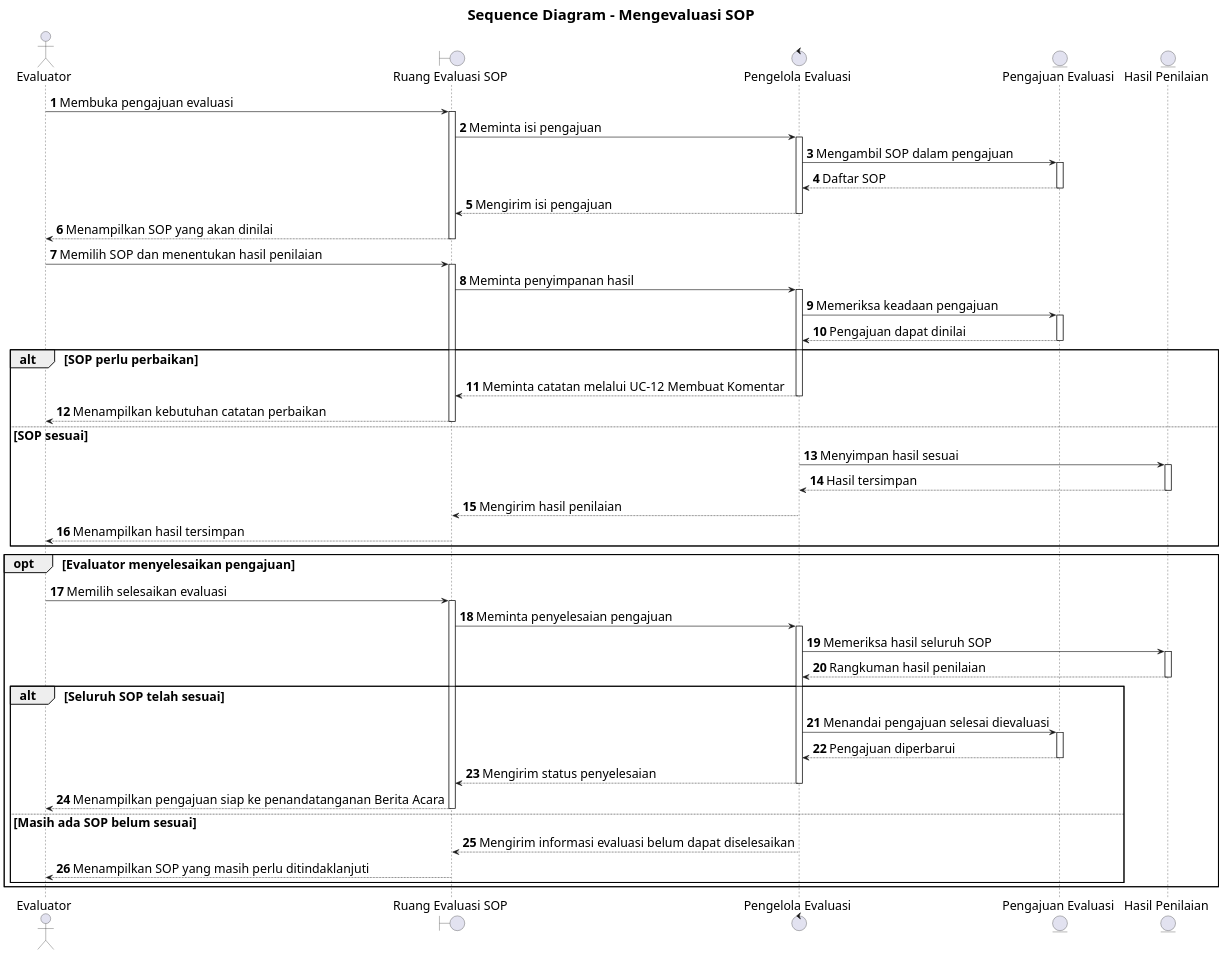
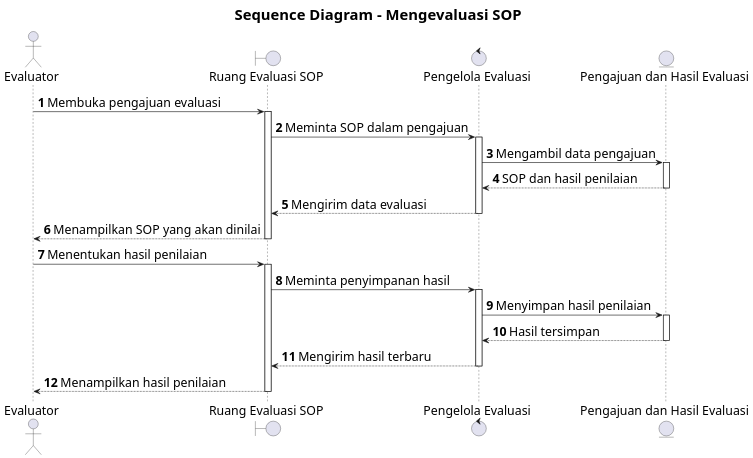
Before and after one commit to howlil/sop-generate-app: the diagram in docs/sequence/evaluator-mengevaluasi-sop.md, drawn with PlantUML. The commit also changed other lines of this file and 20 other files, not shown here.

Commit message:
docs(sequence): simplify interaction detail across use cases

````diff
--- a/docs/sequence/evaluator-mengevaluasi-sop.md
+++ b/docs/sequence/evaluator-mengevaluasi-sop.md
@@ -16,56 +16,31 @@
 ```plantuml
 @startuml
 skinparam defaultFontSize 20
 skinparam titleFontSize 24
 skinparam dpi 160
 
 title Sequence Diagram - Mengevaluasi SOP
 autonumber
 autoactivate on
 
 actor "Evaluator" as A
 boundary "Ruang Evaluasi SOP" as B
 control "Pengelola Evaluasi" as C
-entity "Pengajuan Evaluasi" as D
-entity "Hasil Penilaian" as E
+entity "Pengajuan dan Hasil Evaluasi" as D
 
 A -> B : Membuka pengajuan evaluasi
-B -> C : Meminta isi pengajuan
-C -> D : Mengambil SOP dalam pengajuan
-D --> C : Daftar SOP
-C --> B : Mengirim isi pengajuan
+B -> C : Meminta SOP dalam pengajuan
+C -> D : Mengambil data pengajuan
+D --> C : SOP dan hasil penilaian
+C --> B : Mengirim data evaluasi
 B --> A : Menampilkan SOP yang akan dinilai
 
-A -> B : Memilih SOP dan menentukan hasil penilaian
+A -> B : Menentukan hasil penilaian
 B -> C : Meminta penyimpanan hasil
-C -> D : Memeriksa keadaan pengajuan
-D --> C : Pengajuan dapat dinilai
-
-alt SOP perlu perbaikan
-  C --> B : Meminta catatan melalui UC-12 Membuat Komentar
-  B --> A : Menampilkan kebutuhan catatan perbaikan
-else SOP sesuai
-  C -> E : Menyimpan hasil sesuai
-  E --> C : Hasil tersimpan
-  C --> B : Mengirim hasil penilaian
-  B --> A : Menampilkan hasil tersimpan
-end
-
-opt Evaluator menyelesaikan pengajuan
-  A -> B : Memilih selesaikan evaluasi
-  B -> C : Meminta penyelesaian pengajuan
-  C -> E : Memeriksa hasil seluruh SOP
-  E --> C : Rangkuman hasil penilaian
-  alt Seluruh SOP telah sesuai
-    C -> D : Menandai pengajuan selesai dievaluasi
-    D --> C : Pengajuan diperbarui
-    C --> B : Mengirim status penyelesaian
-    B --> A : Menampilkan pengajuan siap ke penandatanganan Berita Acara
-  else Masih ada SOP belum sesuai
-    C --> B : Mengirim informasi evaluasi belum dapat diselesaikan
-    B --> A : Menampilkan SOP yang masih perlu ditindaklanjuti
-  end
-end
+C -> D : Menyimpan hasil penilaian
+D --> C : Hasil tersimpan
+C --> B : Mengirim hasil terbaru
+B --> A : Menampilkan hasil penilaian
 
 @enduml
 ```
````
